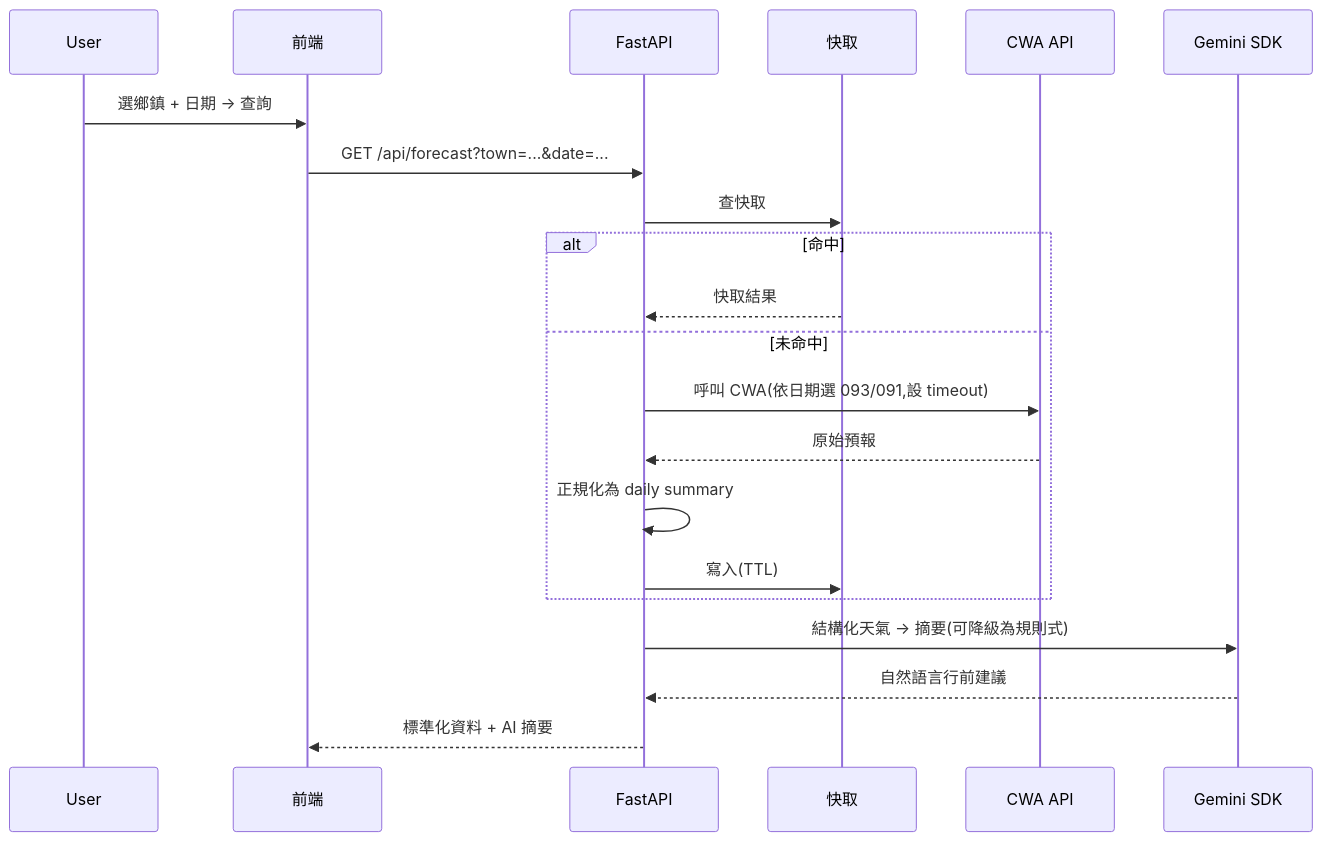
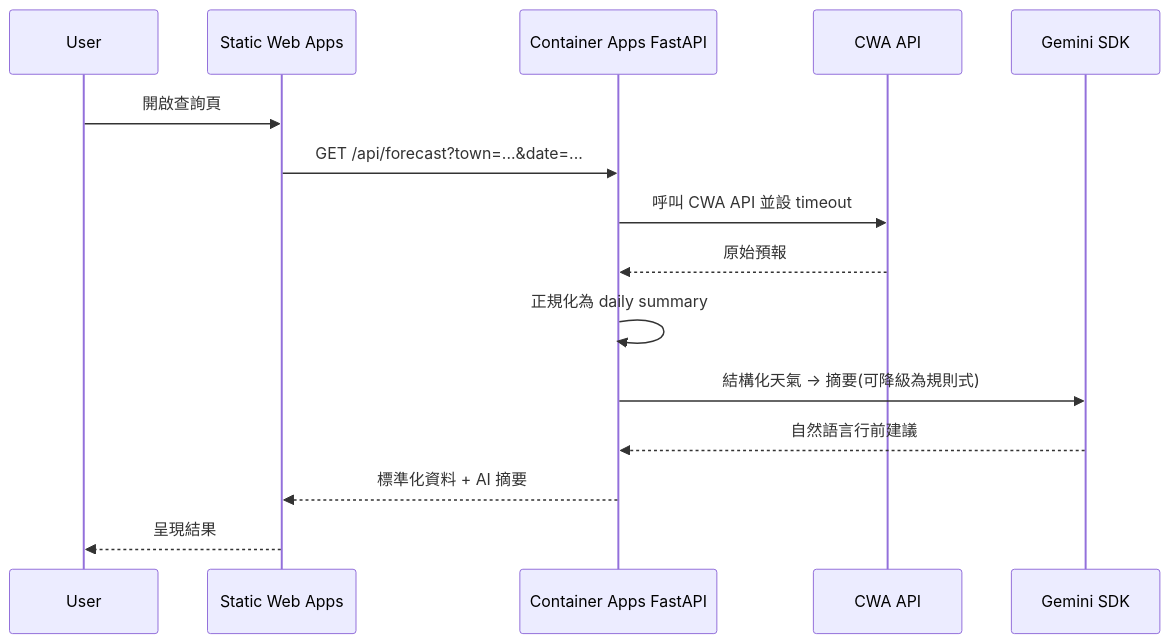
One commit to aoitsukikage-eng/trip-weather-planner changed the second of 2 diagrams in docs/cloud_architecture.md. Above: the diagram before and after it, drawn with Mermaid. The commit also changed other lines of this file and 4 other files, not shown here.

Commit message:
docs: rewrite deliverables for azure architecture

````diff
--- a/docs/cloud_architecture.md
+++ b/docs/cloud_architecture.md
@@ -46,24 +36,18 @@
 ```mermaid
 sequenceDiagram
   participant User
-  participant FE as 前端
-  participant API as FastAPI
-  participant Cache as 快取
+  participant SWA as Static Web Apps
+  participant API as Container Apps FastAPI
   participant WX as CWA API
   participant AI as Gemini SDK
 
-  User->>FE: 選鄉鎮 + 日期 → 查詢
-  FE->>API: GET /api/forecast?town=...&date=...
-  API->>Cache: 查快取
-  alt 命中
-    Cache-->>API: 快取結果
-  else 未命中
-    API->>WX: 呼叫 CWA(依日期選 093/091,設 timeout)
-    WX-->>API: 原始預報
-    API->>API: 正規化為 daily summary
-    API->>Cache: 寫入(TTL)
-  end
+  User->>SWA: 開啟查詢頁
+  SWA->>API: GET /api/forecast?town=...&date=...
+  API->>WX: 呼叫 CWA API 並設 timeout
+  WX-->>API: 原始預報
+  API->>API: 正規化為 daily summary
   API->>AI: 結構化天氣 → 摘要(可降級為規則式)
   AI-->>API: 自然語言行前建議
-  API-->>FE: 標準化資料 + AI 摘要
+  API-->>SWA: 標準化資料 + AI 摘要
+  SWA-->>User: 呈現結果
 ```
````
